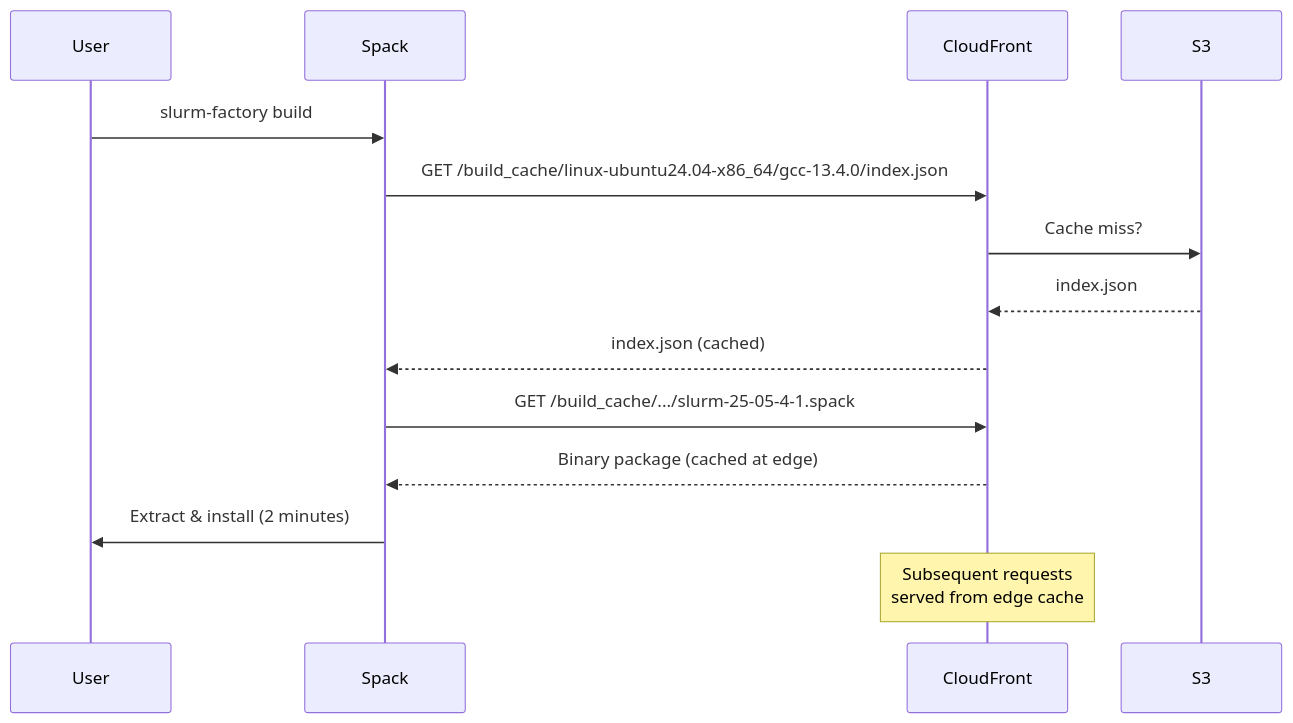
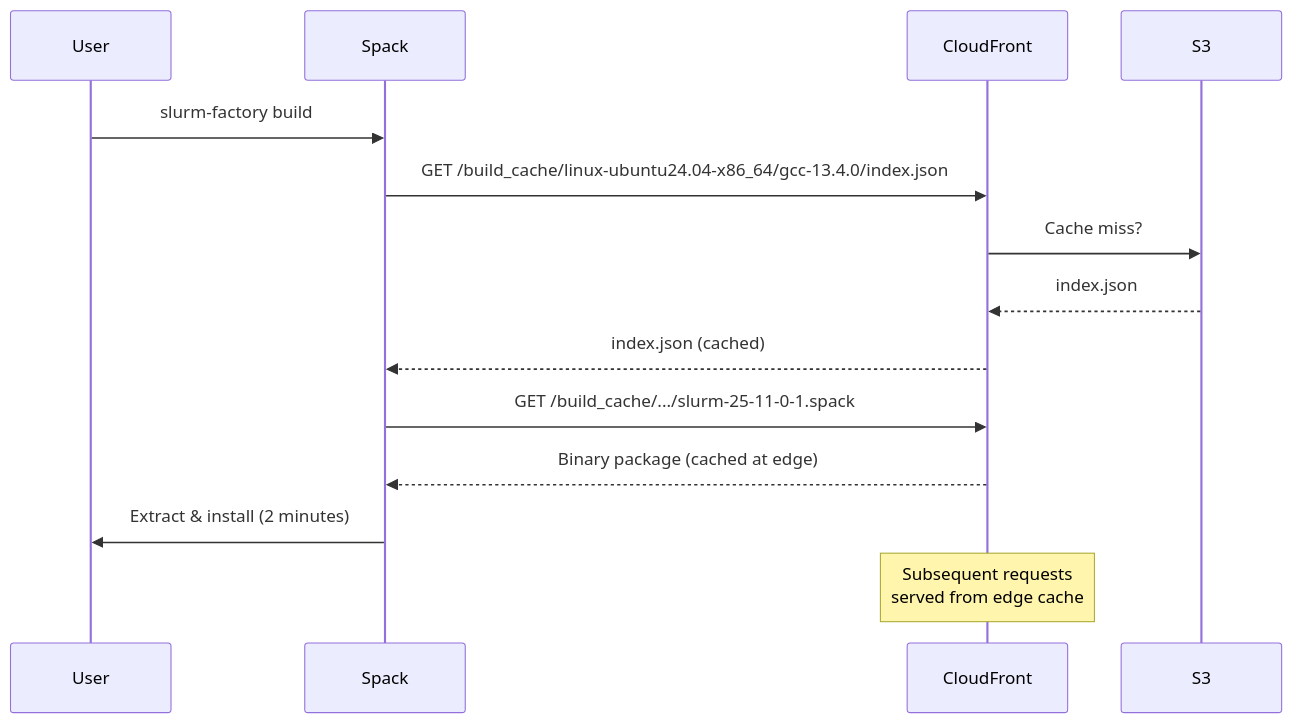
Before and after one commit to vantagecompute/slurm-factory: the third of 3 diagrams in docusaurus/docs/optimization.md, drawn with Mermaid. The commit also changed other lines of this file and 29 other files, not shown here.

````diff
--- a/docusaurus/docs/optimization.md
+++ b/docusaurus/docs/optimization.md
@@ -241,20 +241,20 @@
 ```mermaid
 sequenceDiagram
     participant User
     participant Spack
     participant CloudFront
     participant S3
     
     User->>Spack: slurm-factory build
     Spack->>CloudFront: GET /build_cache/linux-ubuntu24.04-x86_64/gcc-13.4.0/index.json
     CloudFront->>S3: Cache miss?
     S3-->>CloudFront: index.json
     CloudFront-->>Spack: index.json (cached)
     
-    Spack->>CloudFront: GET /build_cache/.../slurm-25-05-4-1.spack
+    Spack->>CloudFront: GET /build_cache/.../slurm-25-11-0-1.spack
     CloudFront-->>Spack: Binary package (cached at edge)
     
     Spack->>User: Extract & install (2 minutes)
     
     Note over CloudFront: Subsequent requests<br/>served from edge cache
 ```
````
